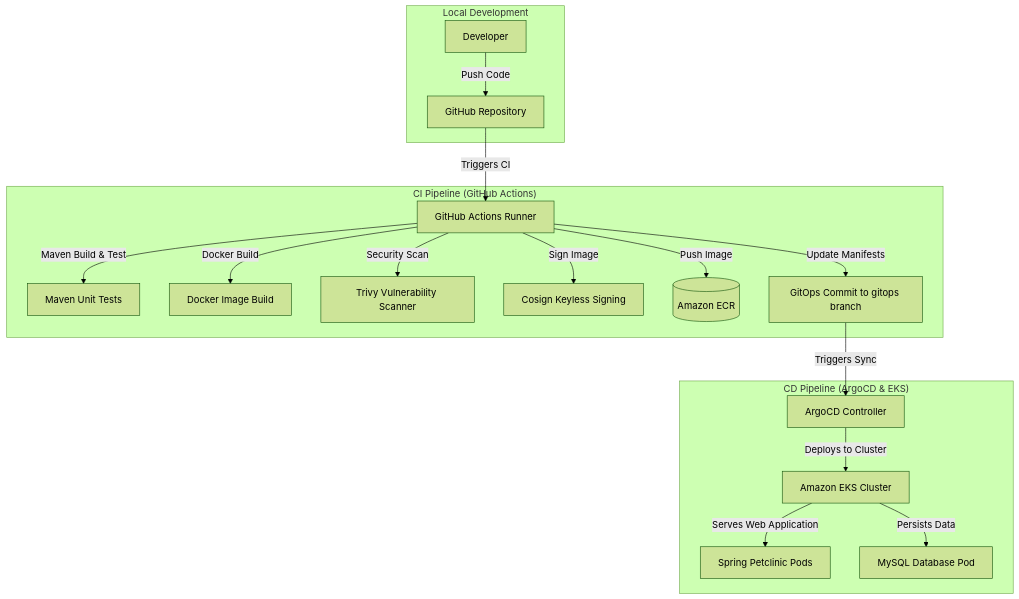
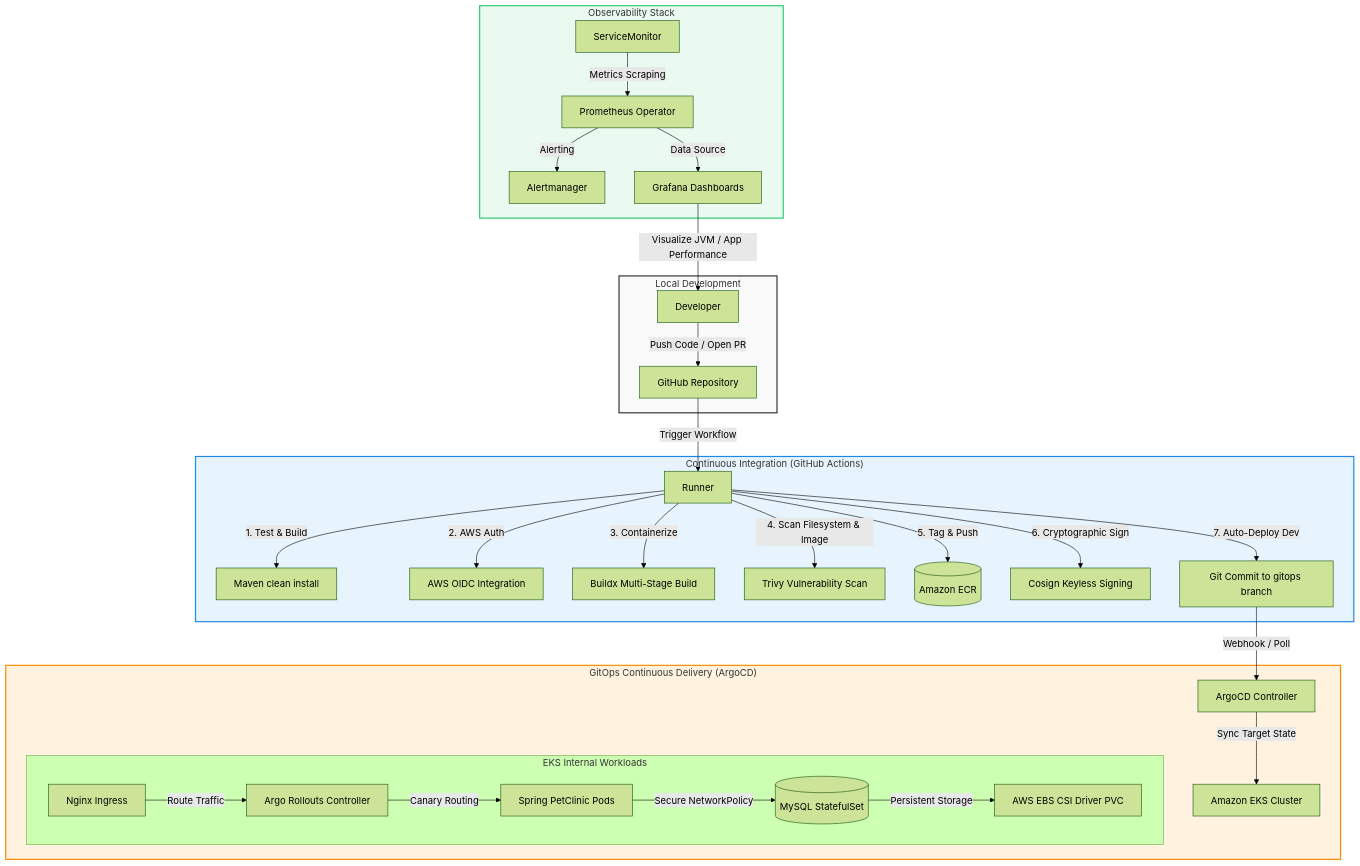
Before and after one commit to mofayad96/spring-petclinic-Ci-CD: the diagram in README.md, drawn with Mermaid (forest theme). The commit also changed other lines of this file, not shown here.

````diff
--- a/README.md
+++ b/README.md
@@ -11,23 +16,41 @@
 ```mermaid
-graph TD
-    subgraph "Local Development"
-        Dev[Developer] -->|Push Code| GH[GitHub Repository]
+flowchart TD
+    subgraph Local ["Local Development"]
+        Dev[Developer] -->|Push Code / Open PR| GH[GitHub Repository]
     end
 
-    subgraph "CI Pipeline (GitHub Actions)"
-        GH -->|Triggers CI| GHA[GitHub Actions Runner]
-        GHA -->|Maven Build & Test| MVN[Maven Unit Tests]
-        GHA -->|Docker Build| DKB[Docker Image Build]
-        GHA -->|Security Scan| TRV[Trivy Vulnerability Scanner]
-        GHA -->|Sign Image| CSG[Cosign Keyless Signing]
-        GHA -->|Push Image| ECR[(Amazon ECR)]
-        GHA -->|Update Manifests| GTO[GitOps Commit to gitops branch]
+    subgraph CI ["Continuous Integration (GitHub Actions)"]
+        GH -->|Trigger Workflow| GHA[Runner]
+        GHA -->|1. Test & Build| MVN[Maven clean install]
+        GHA -->|2. AWS Auth| OIDC[AWS OIDC Integration]
+        GHA -->|3. Containerize| DKB[Buildx Multi-Stage Build]
+        GHA -->|4. Scan Filesystem & Image| TRV[Trivy Vulnerability Scan]
+        GHA -->|5. Tag & Push| ECR[(Amazon ECR)]
+        GHA -->|6. Cryptographic Sign| CSG[Cosign Keyless Signing]
+        GHA -->|7. Auto-Deploy Dev| GTO[Git Commit to gitops branch]
     end
 
-    subgraph "CD Pipeline (ArgoCD & EKS)"
-        GTO -->|Triggers Sync| ACD[ArgoCD Controller]
-        ACD -->|Deploys to Cluster| EKS[Amazon EKS Cluster]
-        EKS -->|Serves Web Application| APP[Spring Petclinic Pods]
-        EKS -->|Persists Data| DB[MySQL Database Pod]
+    subgraph CD ["GitOps Continuous Delivery (ArgoCD)"]
+        GTO -->|Webhook / Poll| ACD[ArgoCD Controller]
+        ACD -->|Sync Target State| EKS[Amazon EKS Cluster]
+        
+        subgraph K8s ["EKS Internal Workloads"]
+            ING[Nginx Ingress] -->|Route Traffic| ARL[Argo Rollouts Controller]
+            ARL -->|Canary Routing| APP[Spring PetClinic Pods]
+            APP -->|Secure NetworkPolicy| STS[(MySQL StatefulSet)]
+            STS -->|Persistent Storage| EBS[AWS EBS CSI Driver PVC]
+        end
     end
+
+    subgraph Mon ["Observability Stack"]
+        SRM[ServiceMonitor] -->|Metrics Scraping| PROM[Prometheus Operator]
+        PROM -->|Alerting| ALM[Alertmanager]
+        PROM -->|Data Source| GRAF[Grafana Dashboards]
+        GRAF -->|Visualize JVM / App Performance| Dev
+    end
+
+    style Local fill:#f9f9f9,stroke:#333,stroke-width:2px
+    style CI fill:#e8f4fd,stroke:#1e88e5,stroke-width:2px
+    style CD fill:#fff3e0,stroke:#fb8c00,stroke-width:2px
+    style Mon fill:#eafaf1,stroke:#2ecc71,stroke-width:2px
 ```
````
